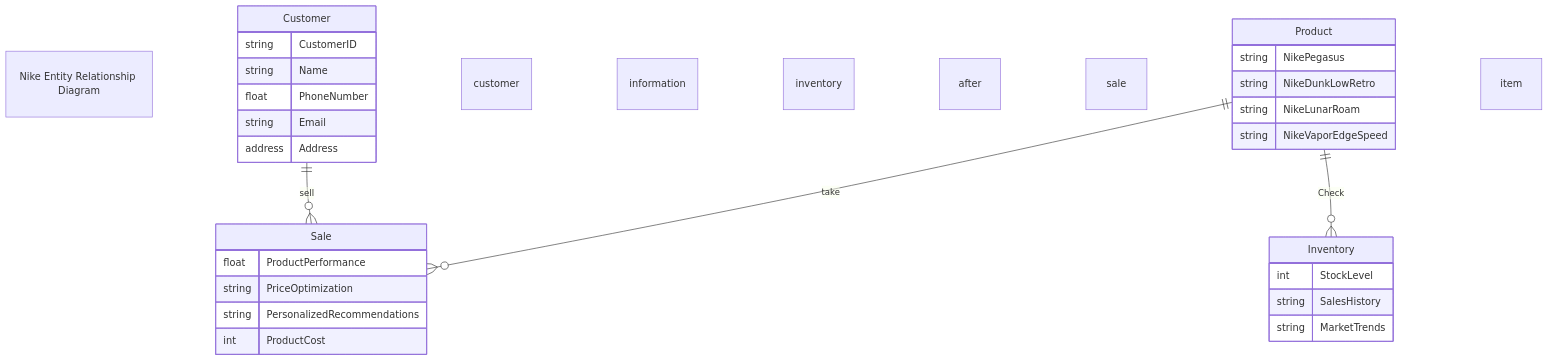
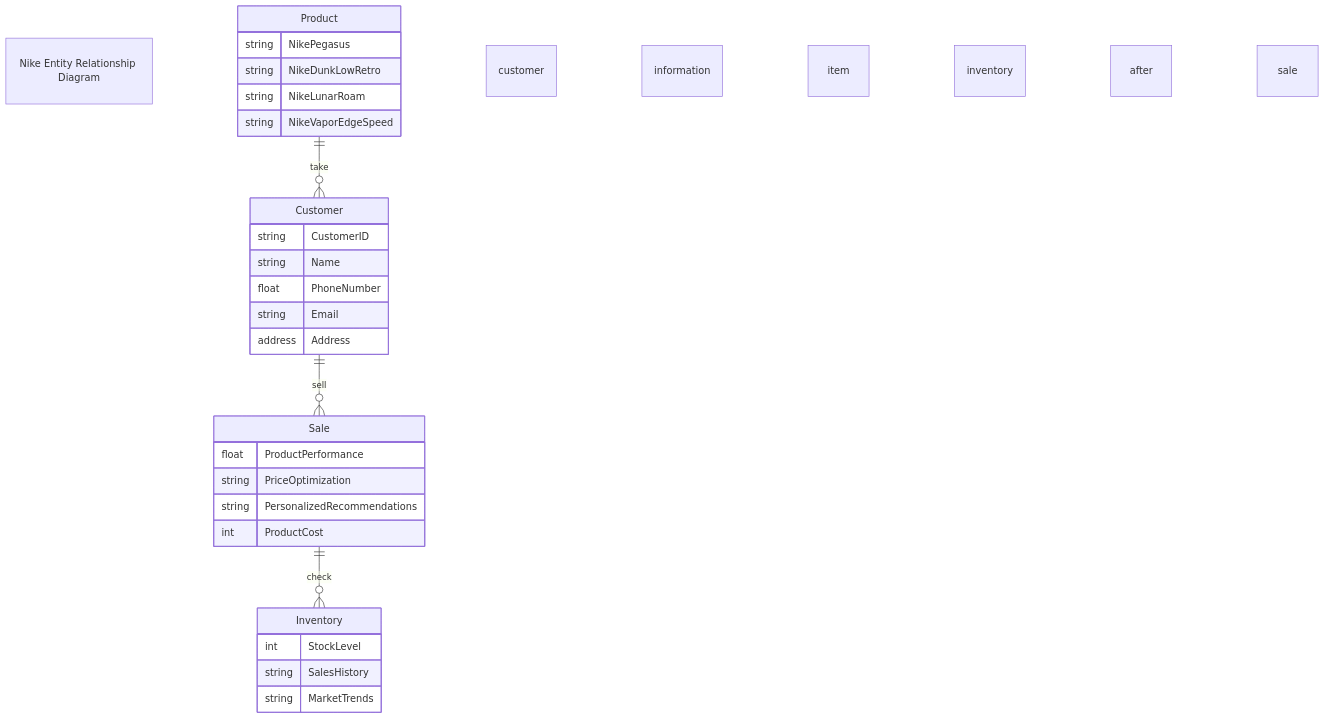
Before and after one commit to JordanDuncan5/Nike-Store-ERD: the diagram in NikeStore_ERD.md, drawn with Mermaid.

Commit message:
Update NikeStore_ERD.md
reverted changes

````diff
--- a/NikeStore_ERD.md
+++ b/NikeStore_ERD.md
@@ -1,38 +1,36 @@
 ```mermaid
 
 erDiagram
 
 "Nike Entity Relationship Diagram"
 
-    Product ||--o{ Sale :take customer information
-    Product ||--o{ Inventory :Check inventory after sale
+    Product ||--o{ Customer :take customer information
     Product{
         string NikePegasus
         string NikeDunkLowRetro
         string NikeLunarRoam
         string NikeVaporEdgeSpeed
     }
-    
     Customer ||--o{ Sale :sell item
     Customer{
         string CustomerID
         string Name
         float PhoneNumber
         string Email
         address Address
     }
-    
+    Sale ||--o{ Inventory :check inventory after sale
     Sale{
         float ProductPerformance
         string PriceOptimization
         string PersonalizedRecommendations
         int ProductCost
     }
     
     Inventory{
         int StockLevel
         string SalesHistory
         string MarketTrends
     }
 
 ```
````
